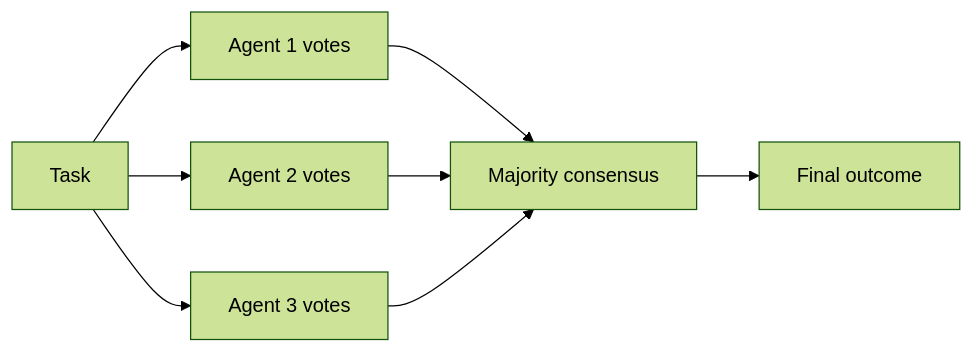
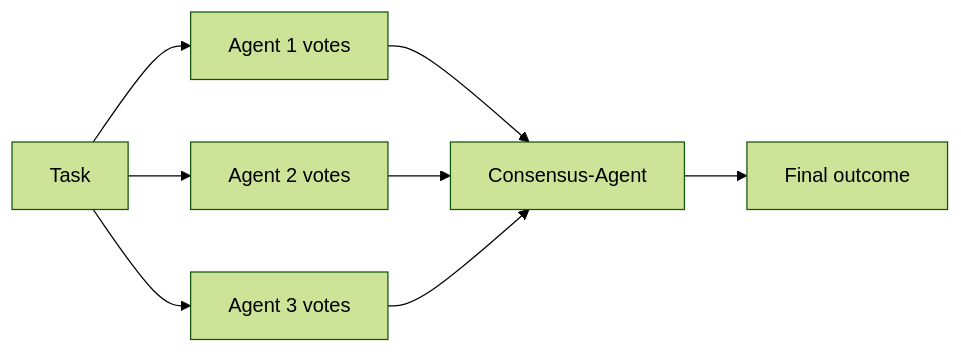
The diagram in docs/documentation/multi-agent/majority_voting.mdx (The-Swarm-Corporation/swarms-api-docs), drawn with Mermaid (forest theme) before and after one commit. The commit also changed other lines of this file and 99 other files, not shown here.

````diff
--- a/docs/documentation/multi-agent/majority_voting.mdx
+++ b/docs/documentation/multi-agent/majority_voting.mdx
@@ -20,10 +20,10 @@
 ```mermaid
 flowchart LR
     T["Task"] --> A["Agent 1 votes"]
     T --> B["Agent 2 votes"]
     T --> C["Agent 3 votes"]
-    A --> V["Majority consensus"]
+    A --> V["Consensus-Agent"]
     B --> V
     C --> V
     V --> O["Final outcome"]
 ```
````
